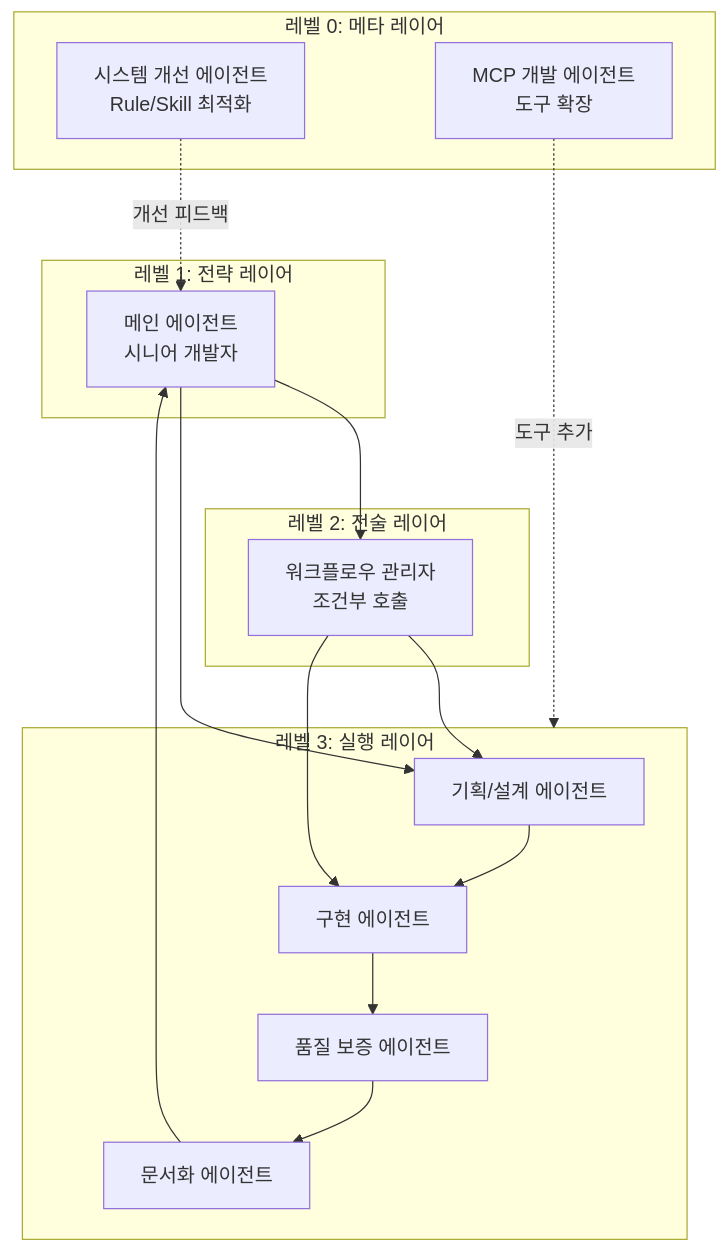
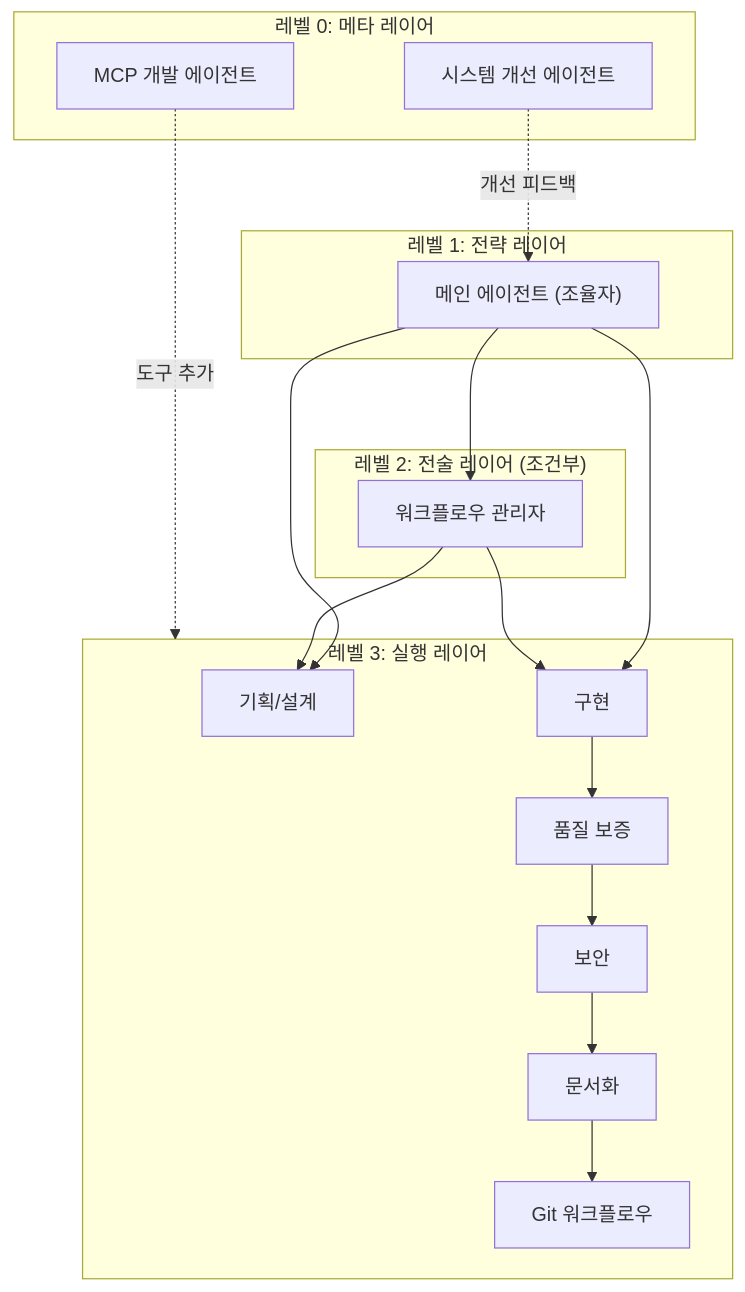
Before and after one commit to Doosies/logseq_time_tracker: the diagram in .cursor/AGENT_SYSTEM_DESIGN.md, drawn with Mermaid. The commit also changed other lines of this file and 16 other files, not shown here.

````diff
--- a/.cursor/AGENT_SYSTEM_DESIGN.md
+++ b/.cursor/AGENT_SYSTEM_DESIGN.md
@@ -43,34 +27,37 @@
 ```mermaid
 graph TB
-    subgraph metaLayer[레벨 0: 메타 레이어]
-        systemImprove[시스템 개선 에이전트<br/>Rule/Skill 최적화]
-        mcpDev[MCP 개발 에이전트<br/>도구 확장]
+    subgraph metaLayer["레벨 0: 메타 레이어"]
+        systemImprove["시스템 개선 에이전트"]
+        mcpDev["MCP 개발 에이전트"]
     end
-    
-    subgraph strategyLayer[레벨 1: 전략 레이어]
-        main[메인 에이전트<br/>시니어 개발자]
+
+    subgraph strategyLayer["레벨 1: 전략 레이어"]
+        main["메인 에이전트 (조율자)"]
     end
-    
-    subgraph tacticalLayer[레벨 2: 전술 레이어]
-        orchestrator[워크플로우 관리자<br/>조건부 호출]
+
+    subgraph tacticalLayer["레벨 2: 전술 레이어 (조건부)"]
+        orchestrator["워크플로우 관리자"]
     end
-    
-    subgraph executionLayer[레벨 3: 실행 레이어]
-        planner[기획/설계 에이전트]
-        developer[구현 에이전트]
-        qa[품질 보증 에이전트]
-        docs[문서화 에이전트]
+
+    subgraph executionLayer["레벨 3: 실행 레이어"]
+        planner["기획/설계"]
+        developer["구현"]
+        qa["품질 보증"]
+        security["보안"]
+        gitWorkflow["Git 워크플로우"]
+        docs["문서화"]
     end
-    
-    systemImprove -.개선 피드백.-> main
-    mcpDev -.도구 추가.-> executionLayer
-    
+
+    systemImprove -.->|개선 피드백| main
+    mcpDev -.->|도구 추가| executionLayer
+
     main --> orchestrator
     main --> planner
+    main --> developer
     orchestrator --> planner
     orchestrator --> developer
-    planner --> developer
     developer --> qa
-    qa --> docs
-    docs --> main
+    qa --> security
+    security --> docs
+    docs --> gitWorkflow
 ```
````
